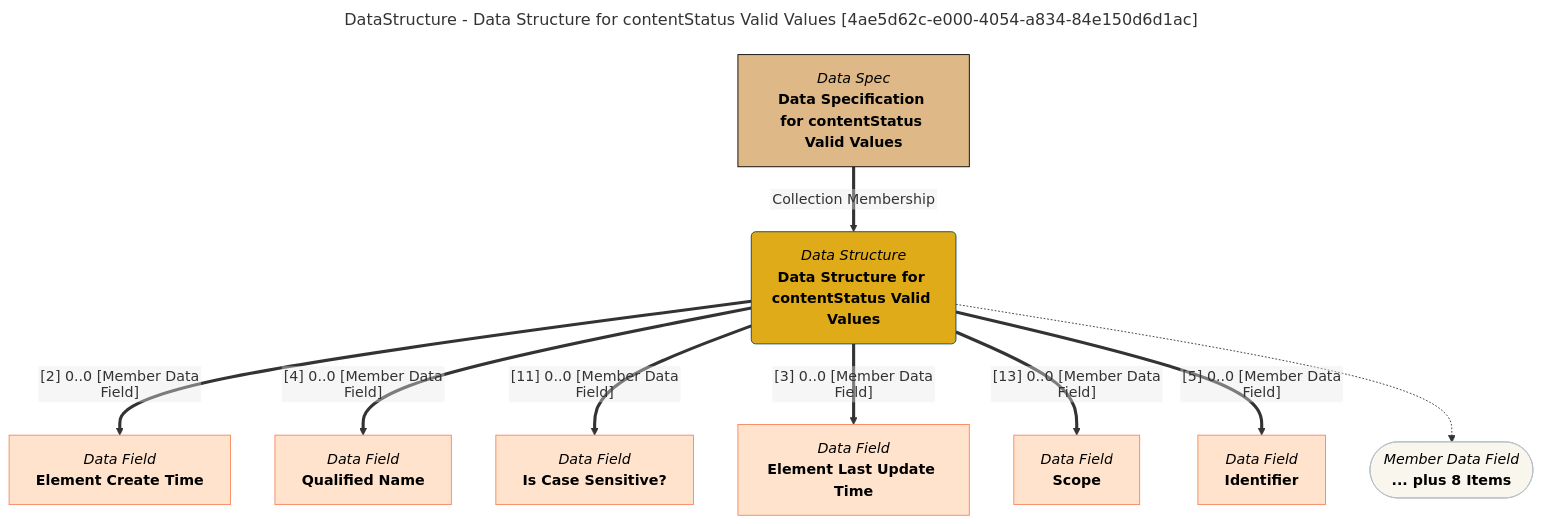
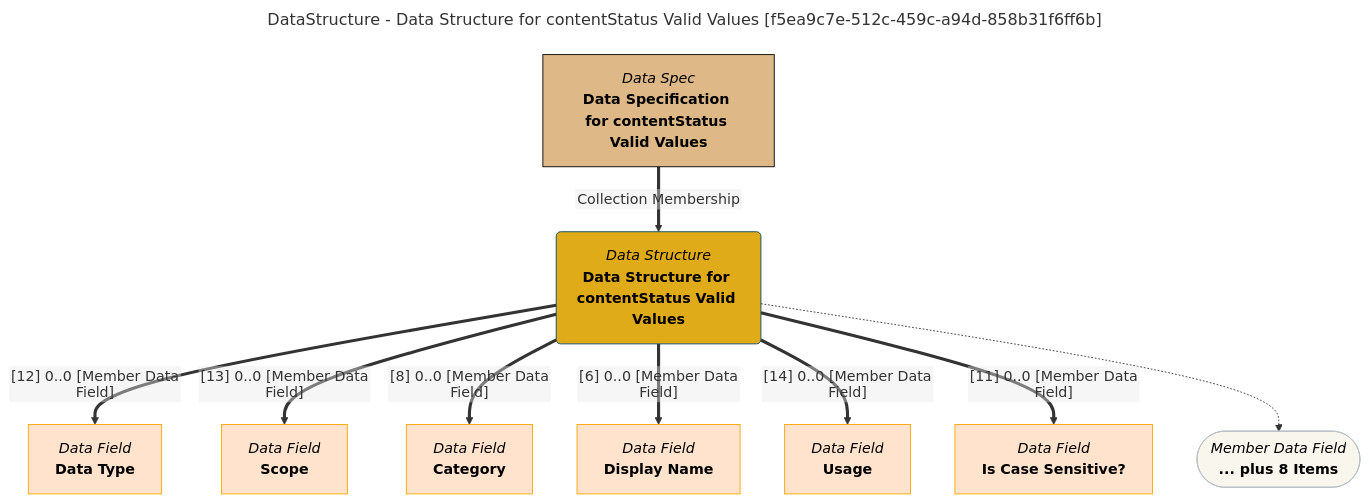
The diagram in site/snippets/data-structures/data-structure-for-contentstatus-valid-values-mermaid-graph.md (odpi/egeria-docs), drawn with Mermaid before and after one commit. The commit also changed 2201 other files, not shown here.

````diff
--- a/site/snippets/data-structures/data-structure-for-contentstatus-valid-values-mermaid-graph.md
+++ b/site/snippets/data-structures/data-structure-for-contentstatus-valid-values-mermaid-graph.md
@@ -1,43 +1,43 @@
 ```mermaid
 ---
-title: DataStructure - Data Structure for contentStatus Valid Values [4ae5d62c-e000-4054-a834-84e150d6d1ac]
+title: DataStructure - Data Structure for contentStatus Valid Values [f5ea9c7e-512c-459c-a94d-858b31f6ff6b]
 ---
 flowchart TD
 %%{init: {"flowchart": {"htmlLabels": false}} }%%
 
 1@{ shape: rounded, label: "*Data Structure*
 **Data Structure for contentStatus Valid Values**"}
 2@{ shape: rect, label: "*Data Spec*
 **Data Specification for contentStatus Valid Values**"}
 2==>|"Collection Membership"|1
 3@{ shape: rect, label: "*Data Field*
-**Element Create Time**"}
-1==>|"[2] 0..0 [Member Data Field]"|3
+**Data Type**"}
+1==>|"[12] 0..0 [Member Data Field]"|3
 4@{ shape: rect, label: "*Data Field*
-**Qualified Name**"}
-1==>|"[4] 0..0 [Member Data Field]"|4
+**Scope**"}
+1==>|"[13] 0..0 [Member Data Field]"|4
 5@{ shape: rect, label: "*Data Field*
+**Category**"}
+1==>|"[8] 0..0 [Member Data Field]"|5
+6@{ shape: rect, label: "*Data Field*
+**Display Name**"}
+1==>|"[6] 0..0 [Member Data Field]"|6
+7@{ shape: rect, label: "*Data Field*
+**Usage**"}
+1==>|"[14] 0..0 [Member Data Field]"|7
+8@{ shape: rect, label: "*Data Field*
 **Is Case Sensitive?**"}
-1==>|"[11] 0..0 [Member Data Field]"|5
-6@{ shape: rect, label: "*Data Field*
-**Element Last Update Time**"}
-1==>|"[3] 0..0 [Member Data Field]"|6
-7@{ shape: rect, label: "*Data Field*
-**Scope**"}
-1==>|"[13] 0..0 [Member Data Field]"|7
-8@{ shape: rect, label: "*Data Field*
-**Identifier**"}
-1==>|"[5] 0..0 [Member Data Field]"|8
+1==>|"[11] 0..0 [Member Data Field]"|8
 9@{ shape: stadium, label: "*Member Data Field*
 **... plus 8 Items**"}
 1-.->9
 style 1 color:#000000, fill:#e0ab18, stroke:#004563
-style 2 color:#000000, fill:#deb887, stroke:#000000
-style 3 color:#000000, fill:#ffe3cc, stroke:#f9845b
-style 4 color:#000000, fill:#ffe3cc, stroke:#f9845b
-style 5 color:#000000, fill:#ffe3cc, stroke:#f9845b
-style 6 color:#000000, fill:#ffe3cc, stroke:#f9845b
-style 7 color:#000000, fill:#ffe3cc, stroke:#f9845b
-style 8 color:#000000, fill:#ffe3cc, stroke:#f9845b
+style 2 color:#000000, fill:#DEB887, stroke:#000000
+style 3 color:#000000, fill:#ffe3cc, stroke:#FFA500
+style 4 color:#000000, fill:#ffe3cc, stroke:#FFA500
+style 5 color:#000000, fill:#ffe3cc, stroke:#FFA500
+style 6 color:#000000, fill:#ffe3cc, stroke:#FFA500
+style 7 color:#000000, fill:#ffe3cc, stroke:#FFA500
+style 8 color:#000000, fill:#ffe3cc, stroke:#FFA500
 style 9 color:#000000, fill:#F9F7ED, stroke:#b7c0c7
 ```
````
